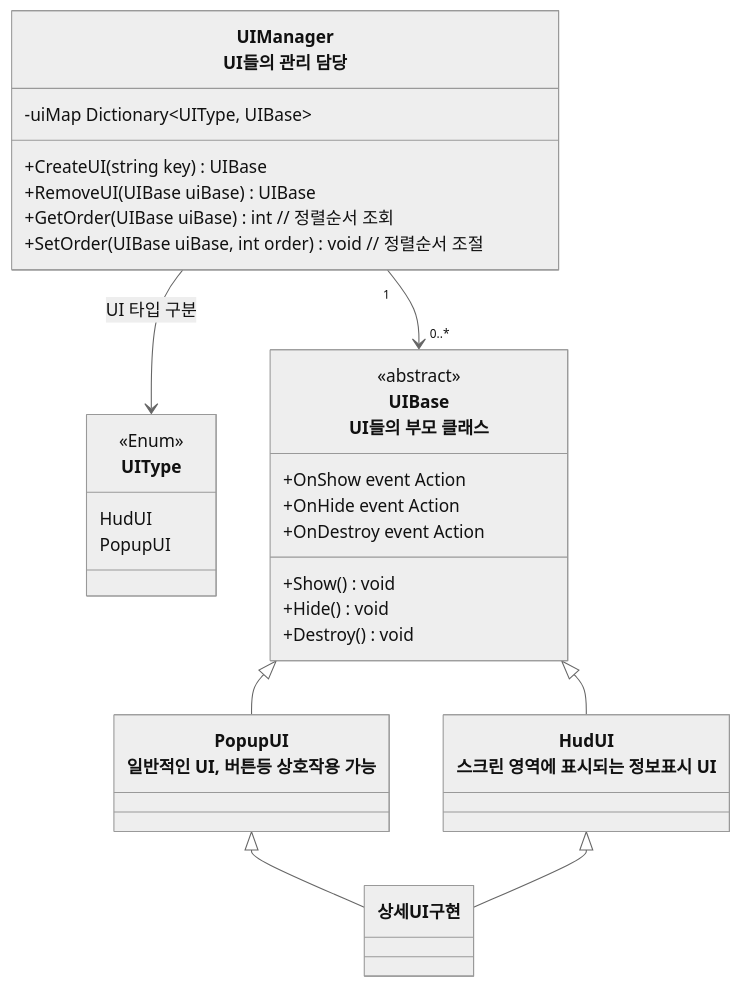
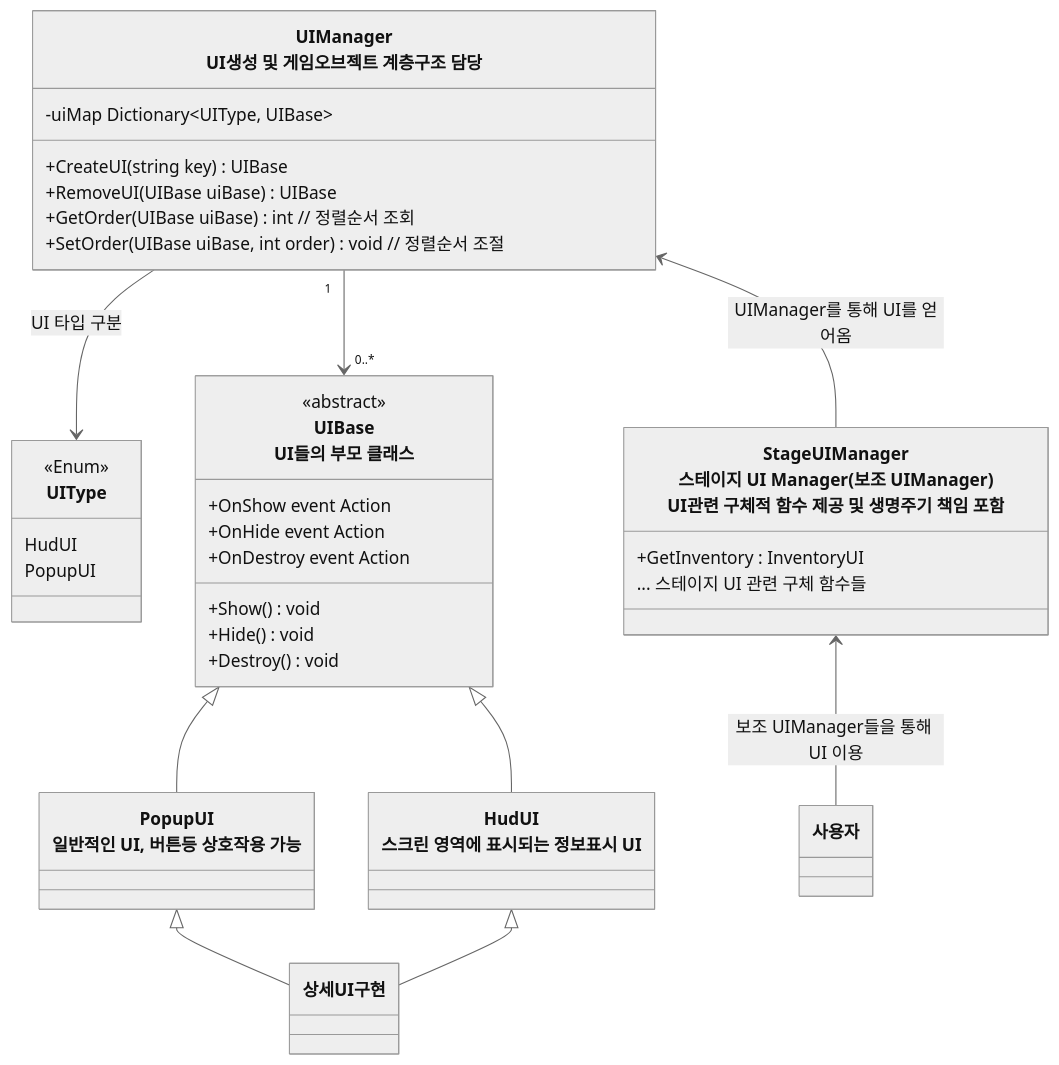
One commit to JIN5EOK/DungeonShooter changed the diagram in README/UI_설계.md. Above: the diagram before and after it, drawn with Mermaid (neutral theme). The commit also changed other lines of this file, not shown here.

````diff
--- a/README/UI_설계.md
+++ b/README/UI_설계.md
@@ -5,38 +5,45 @@
 ```mermaid
 classDiagram
     class UIType{
         <<Enum>>
         HudUI
         PopupUI
     }
     
-    class UIManager["UIManager<br>UI들의 관리 담당"]{
+    class UIManager["UIManager<br>UI생성 및 게임오브젝트 계층구조 담당"]{
         -uiMap Dictionary~UIType, UIBase~
         +CreateUI(string key) UIBase
         +RemoveUI(UIBase uiBase) UIBase
         +GetOrder(UIBase uiBase) int // 정렬순서 조회
         +SetOrder(UIBase uiBase, int order) void // 정렬순서 조절
     }
     
     class UIBase["UIBase<br>UI들의 부모 클래스"]{
         <<abstract>>
         +OnShow event Action
         +OnHide event Action
         +OnDestroy event Action
         +Show() void
         +Hide() void
         +Destroy() void
     }
     class PopupUI["PopupUI<br>일반적인 UI, 버튼등 상호작용 가능"]{
         
     }
     class HudUI["HudUI<br>스크린 영역에 표시되는 정보표시 UI"]{
 
     }
+    
+    class StageUIManager["StageUIManager<br>스테이지 UI Manager(보조 UIManager)<br>UI관련 구체적 함수 제공 및 생명주기 책임 포함"]{
+        +GetInventory : InventoryUI
+        ... 스테이지 UI 관련 구체 함수들
+    }
+    UIManager <-- StageUIManager : UIManager를 통해 UI를 얻어옴
+    StageUIManager <-- 사용자 : 보조 UIManager들을 통해 UI 이용
     UIManager --> UIType : UI 타입 구분
     UIManager "1"-->"0..*" UIBase
     UIBase <|-- PopupUI
     UIBase <|-- HudUI
     PopupUI <|-- 상세UI구현
     HudUI<|-- 상세UI구현
 ```
````
